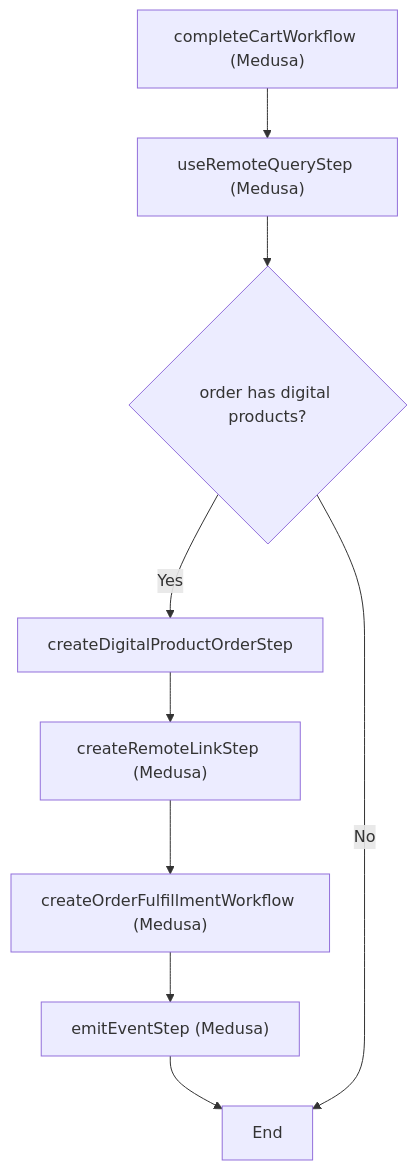
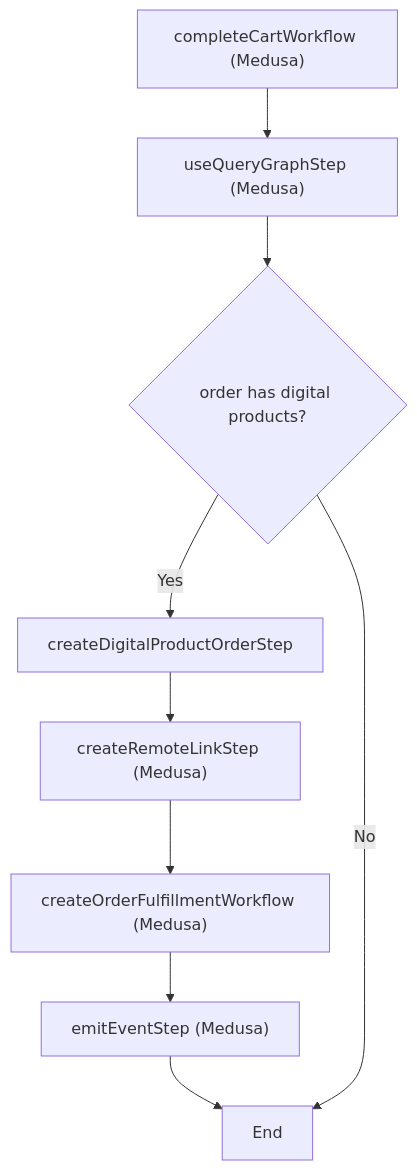
The second of 2 diagrams in www/apps/resources/app/recipes/digital-products/examples/standard/page.mdx (zaaakher/medusa), drawn with Mermaid before and after one commit. The commit also changed other lines of this file and 16 other files, not shown here.

First line of the commit message:
docs: change useRemoteQueryStep to useQueryGraphStep (#10051)

````diff
--- a/www/apps/resources/app/recipes/digital-products/examples/standard/page.mdx
+++ b/www/apps/resources/app/recipes/digital-products/examples/standard/page.mdx
@@ -1568,11 +1568,11 @@
 ```mermaid
 graph TD
-  completeCartWorkflow["completeCartWorkflow (Medusa)"] --> useRemoteQueryStep["useRemoteQueryStep (Medusa)"]
-  useRemoteQueryStep --> when{order has digital products?}
+  completeCartWorkflow["completeCartWorkflow (Medusa)"] --> useQueryGraphStep["useQueryGraphStep (Medusa)"]
+  useQueryGraphStep --> when{order has digital products?}
   when -->|Yes| createDigitalProductOrderStep
   createDigitalProductOrderStep --> createRemoteLinkStep["createRemoteLinkStep (Medusa)"]
   createRemoteLinkStep --> createOrderFulfillmentWorkflow["createOrderFulfillmentWorkflow (Medusa)"]
   createOrderFulfillmentWorkflow --> emitEventStep["emitEventStep (Medusa)"]
   emitEventStep --> End
   when -->|No| End
 ```
````
